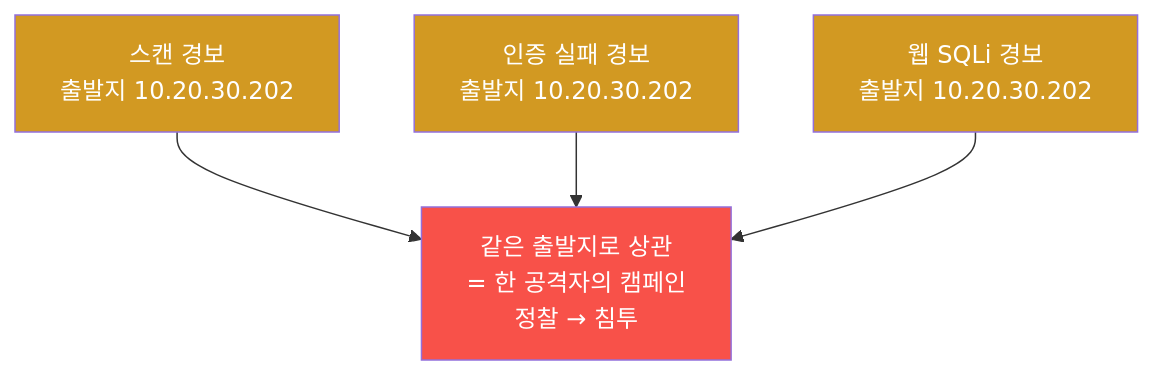
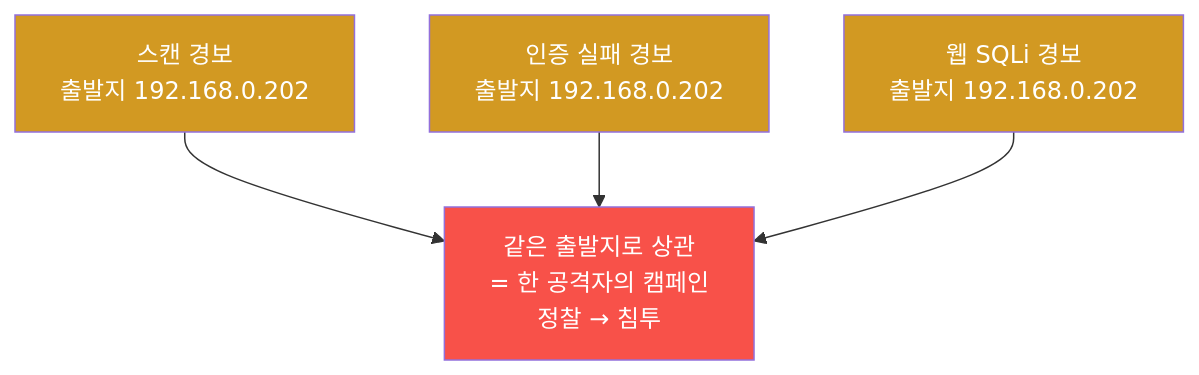
The fourth of 6 diagrams in contents/training/soc/lecture_week01.md (mrgrit/tw2), drawn with Mermaid before and after one commit. The commit also changed other lines of this file and 304 other files, not shown here.

````diff
--- a/contents/training/soc/lecture_week01.md
+++ b/contents/training/soc/lecture_week01.md
@@ -205,14 +205,14 @@
 ```mermaid
 graph TD
-    A1["스캔 경보<br/>출발지 10.20.30.202"]
-    A2["인증 실패 경보<br/>출발지 10.20.30.202"]
-    A3["웹 SQLi 경보<br/>출발지 10.20.30.202"]
+    A1["스캔 경보<br/>출발지 192.168.0.202"]
+    A2["인증 실패 경보<br/>출발지 192.168.0.202"]
+    A3["웹 SQLi 경보<br/>출발지 192.168.0.202"]
     C["같은 출발지로 상관<br/>= 한 공격자의 캠페인<br/>정찰 → 침투"]
     A1 --> C
     A2 --> C
     A3 --> C
     style A1 fill:#d29922,color:#fff
     style A2 fill:#d29922,color:#fff
     style A3 fill:#d29922,color:#fff
     style C fill:#f85149,color:#fff
 ```
````
